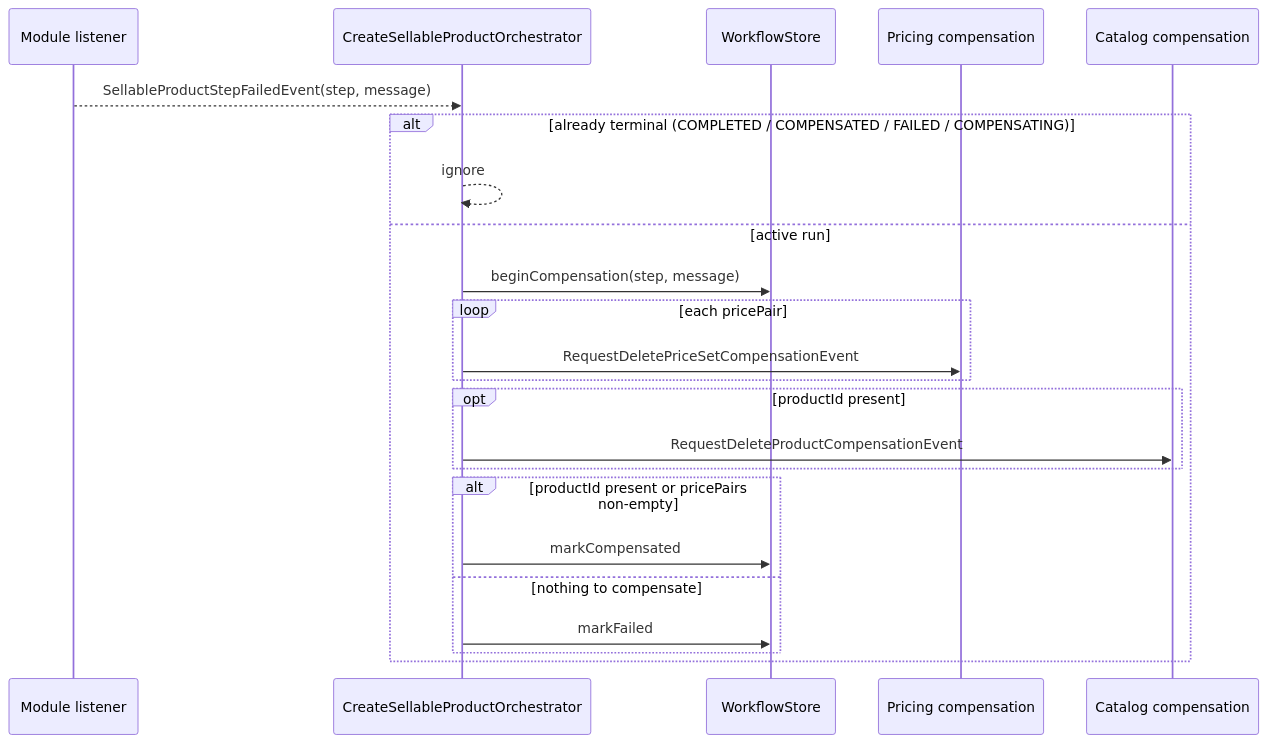
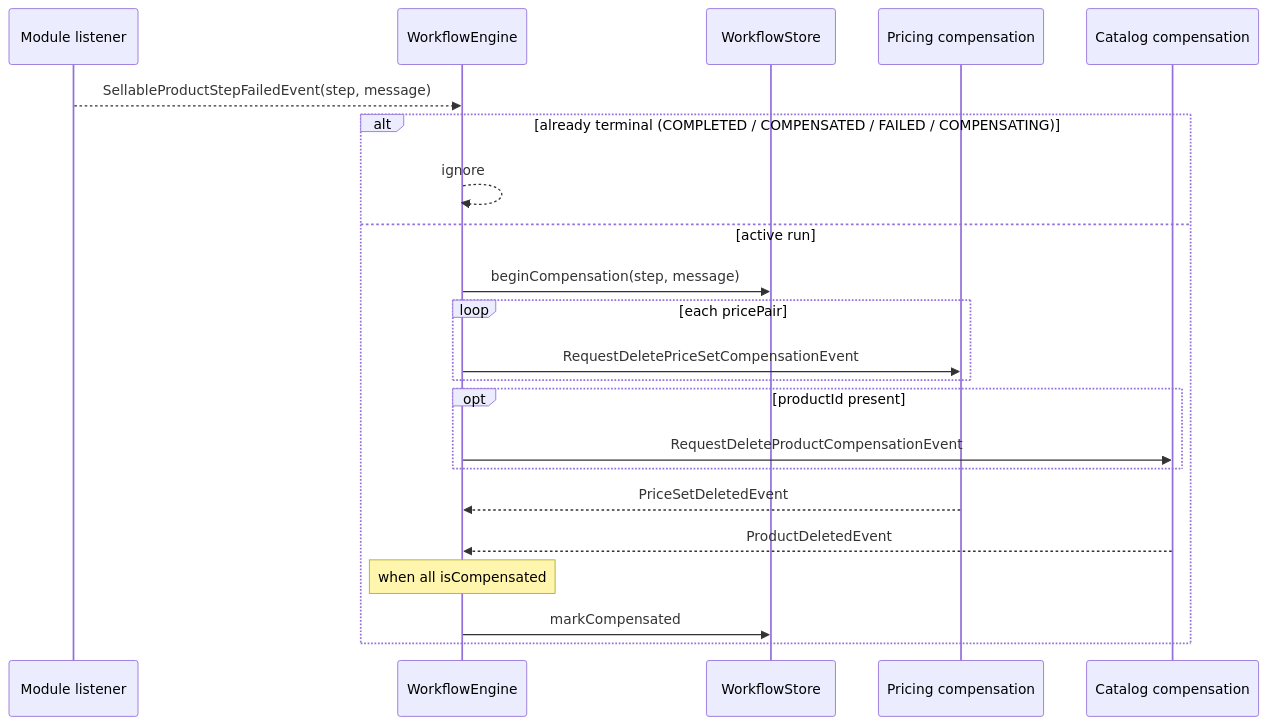
The second of 2 diagrams in docs/workflows/create-sellable-product.md (khinemyaezin/grab), drawn with Mermaid before and after one commit. The commit also changed other lines of this file and 139 other files, not shown here.

Commit message:
feat: enhance inventory management by adding variantId to CreateInventoryCommand and RequestCreateInventoryItemEvent

````diff
--- a/docs/workflows/create-sellable-product.md
+++ b/docs/workflows/create-sellable-product.md
@@ -196,26 +183,25 @@
 ```mermaid
 sequenceDiagram
     participant Mod as Module listener
-    participant O as CreateSellableProductOrchestrator
+    participant E as WorkflowEngine
     participant WS as WorkflowStore
     participant Price as Pricing compensation
     participant Cat as Catalog compensation
 
-    Mod-->>O: SellableProductStepFailedEvent(step, message)
+    Mod-->>E: SellableProductStepFailedEvent(step, message)
     alt already terminal (COMPLETED / COMPENSATED / FAILED / COMPENSATING)
-        O-->>O: ignore
+        E-->>E: ignore
     else active run
-        O->>WS: beginCompensation(step, message)
+        E->>WS: beginCompensation(step, message)
         loop each pricePair
-            O->>Price: RequestDeletePriceSetCompensationEvent
+            E->>Price: RequestDeletePriceSetCompensationEvent
         end
         opt productId present
-            O->>Cat: RequestDeleteProductCompensationEvent
+            E->>Cat: RequestDeleteProductCompensationEvent
         end
-        alt productId present or pricePairs non-empty
-            O->>WS: markCompensated
-        else nothing to compensate
-            O->>WS: markFailed
-        end
+        Price-->>E: PriceSetDeletedEvent
+        Cat-->>E: ProductDeletedEvent
+        Note over E: when all isCompensated
+        E->>WS: markCompensated
     end
 ```
````
